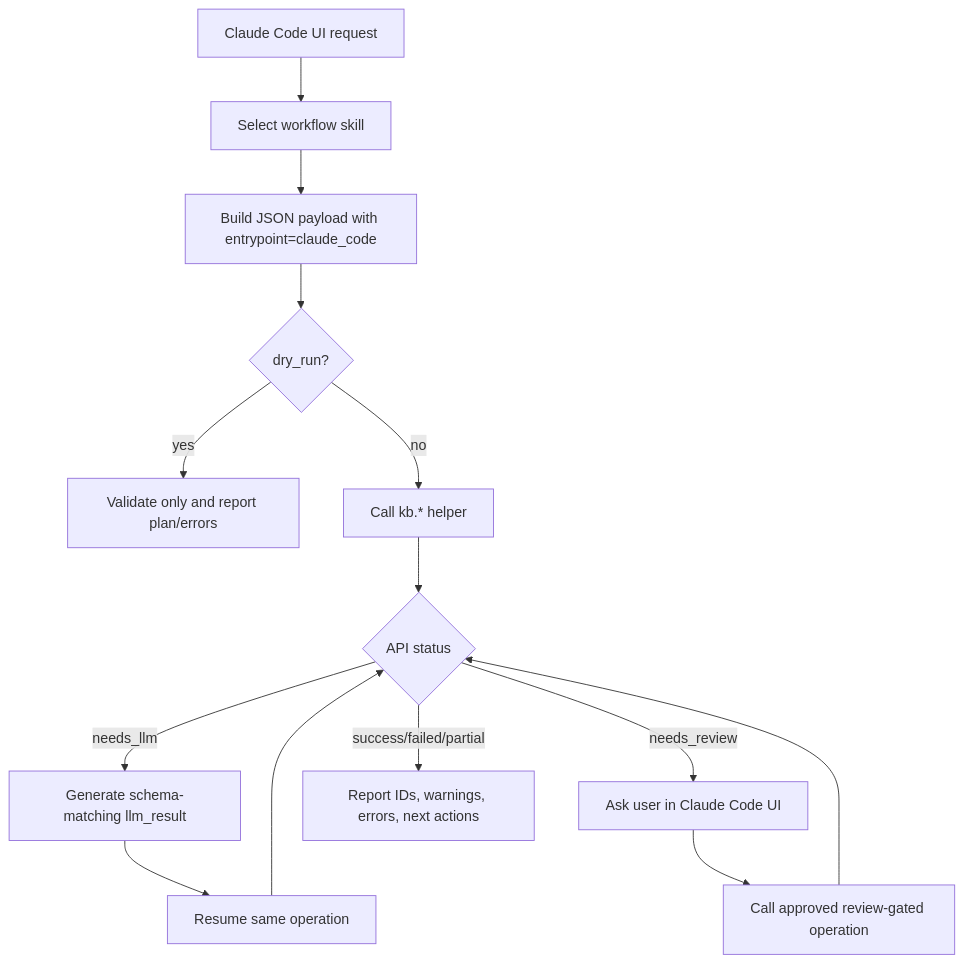
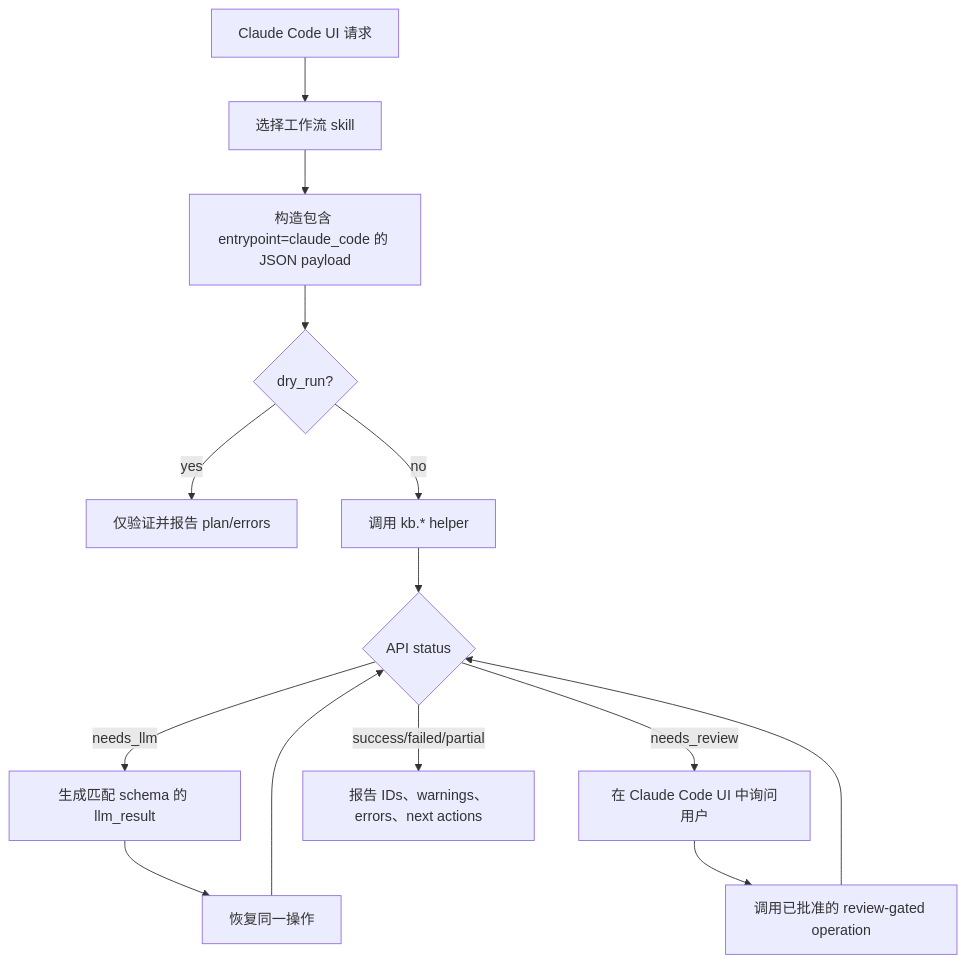
One commit to srangerme/KBManager changed the diagram in skills/kbm-api-ui/SKILL.md. Above: the diagram before and after it, drawn with Mermaid. The commit also changed other lines of this file and 25 other files, not shown here.

````diff
--- a/skills/kbm-api-ui/SKILL.md
+++ b/skills/kbm-api-ui/SKILL.md
@@ -36,16 +36,16 @@
 ```mermaid
 flowchart TD
-  A["Claude Code UI request"] --> B["Select workflow skill"]
-  B --> C["Build JSON payload with entrypoint=claude_code"]
+  A["Claude Code UI 请求"] --> B["选择工作流 skill"]
+  B --> C["构造包含 entrypoint=claude_code 的 JSON payload"]
   C --> D{"dry_run?"}
-  D -- yes --> E["Validate only and report plan/errors"]
-  D -- no --> F["Call kb.* helper"]
+  D -- yes --> E["仅验证并报告 plan/errors"]
+  D -- no --> F["调用 kb.* helper"]
   F --> G{"API status"}
-  G -- needs_llm --> H["Generate schema-matching llm_result"]
-  H --> I["Resume same operation"]
+  G -- needs_llm --> H["生成匹配 schema 的 llm_result"]
+  H --> I["恢复同一操作"]
   I --> G
-  G -- needs_review --> J["Ask user in Claude Code UI"]
-  J --> K["Call approved review-gated operation"]
+  G -- needs_review --> J["在 Claude Code UI 中询问用户"]
+  J --> K["调用已批准的 review-gated operation"]
   K --> G
-  G -- success/failed/partial --> L["Report IDs, warnings, errors, next actions"]
+  G -- success/failed/partial --> L["报告 IDs、warnings、errors、next actions"]
 ```
````
